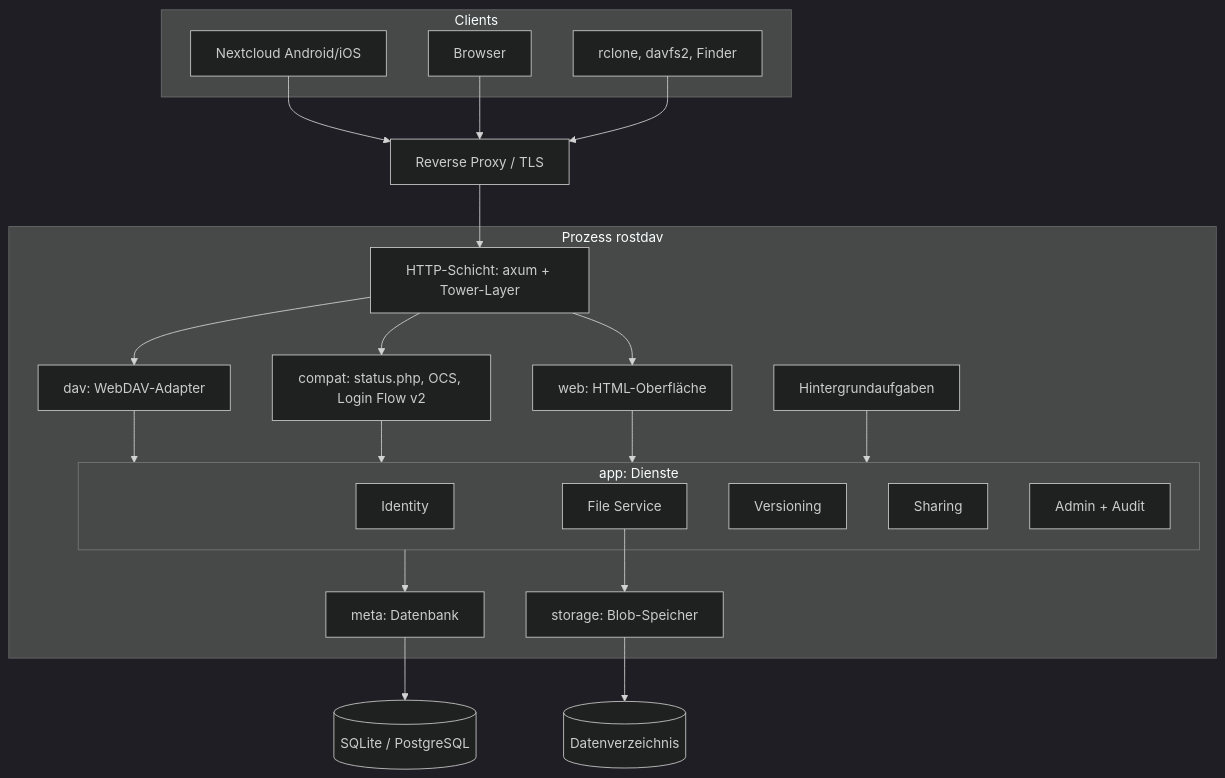
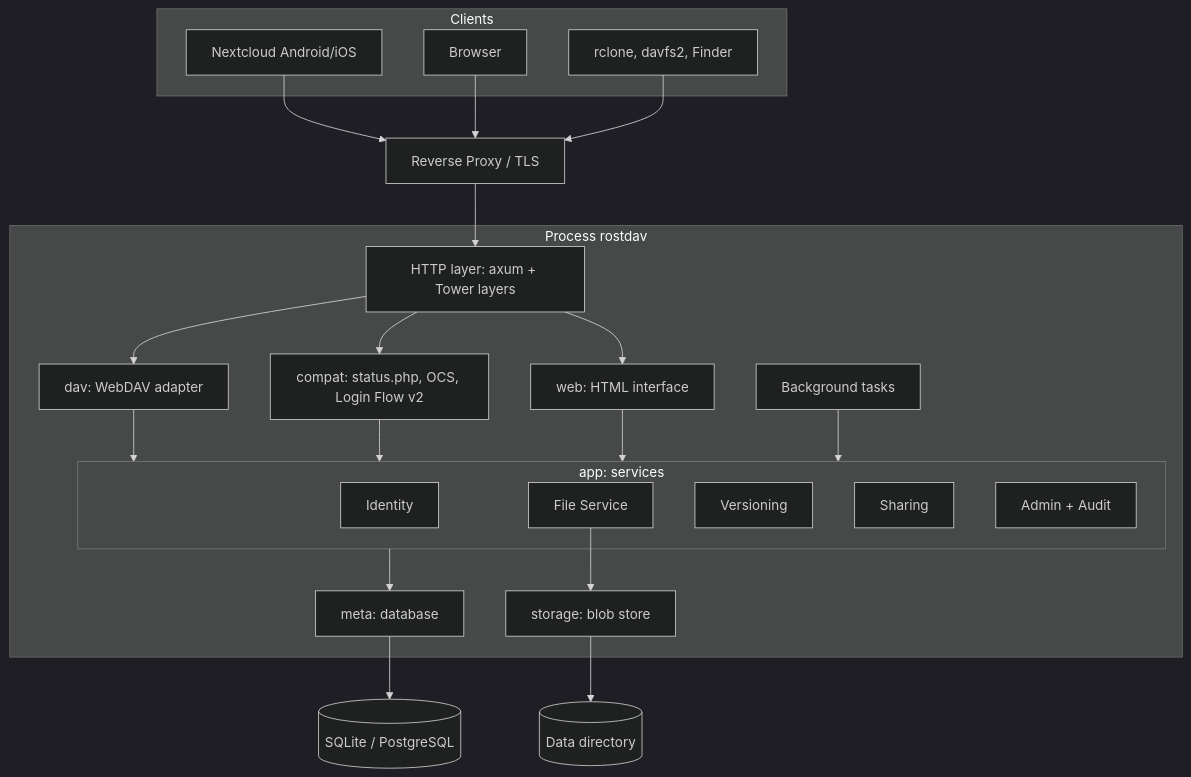
One commit to pierrejochem/rostdav changed the diagram in docs/architecture.md. Above: the diagram before and after it, drawn with Mermaid (dark theme). The commit also changed other lines of this file and 114 other files, not shown here.

````diff
--- a/docs/architecture.md
+++ b/docs/architecture.md
@@ -9,31 +9,31 @@
 ```mermaid
 flowchart TB
   subgraph Clients
     A[Nextcloud Android/iOS]
     B[Browser]
     C[rclone, davfs2, Finder]
   end
   RP[Reverse Proxy / TLS]
   A & B & C --> RP --> HTTP
 
-  subgraph rostdav[Prozess rostdav]
-    HTTP[HTTP-Schicht: axum + Tower-Layer]
-    HTTP --> DAV[dav: WebDAV-Adapter]
+  subgraph rostdav[Process rostdav]
+    HTTP[HTTP layer: axum + Tower layers]
+    HTTP --> DAV[dav: WebDAV adapter]
     HTTP --> COMPAT[compat: status.php, OCS, Login Flow v2]
-    HTTP --> WEB[web: HTML-Oberfläche]
+    HTTP --> WEB[web: HTML interface]
     DAV & COMPAT & WEB --> APP
 
-    subgraph APP[app: Dienste]
+    subgraph APP[app: services]
       ID[Identity]
       FS[File Service]
       VER[Versioning]
       SH[Sharing]
       ADM[Admin + Audit]
     end
-    APP --> META[meta: Datenbank]
-    FS --> STORE[storage: Blob-Speicher]
-    JOBS[Hintergrundaufgaben] --> APP
+    APP --> META[meta: database]
+    FS --> STORE[storage: blob store]
+    JOBS[Background tasks] --> APP
   end
   META --> DB[(SQLite / PostgreSQL)]
-  STORE --> DISK[(Datenverzeichnis)]
+  STORE --> DISK[(Data directory)]
 ```
````
